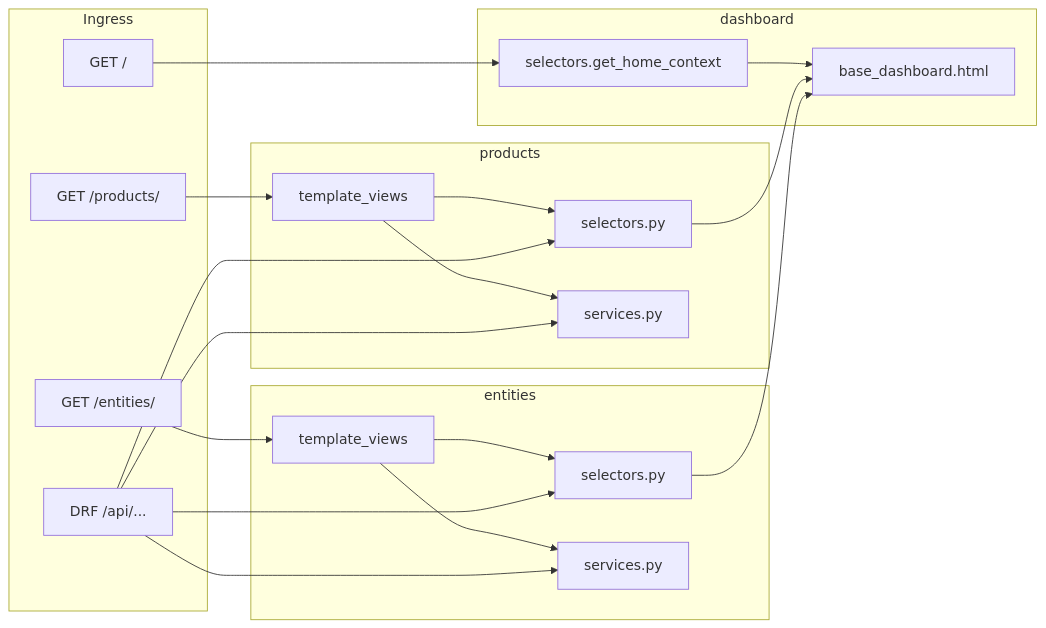
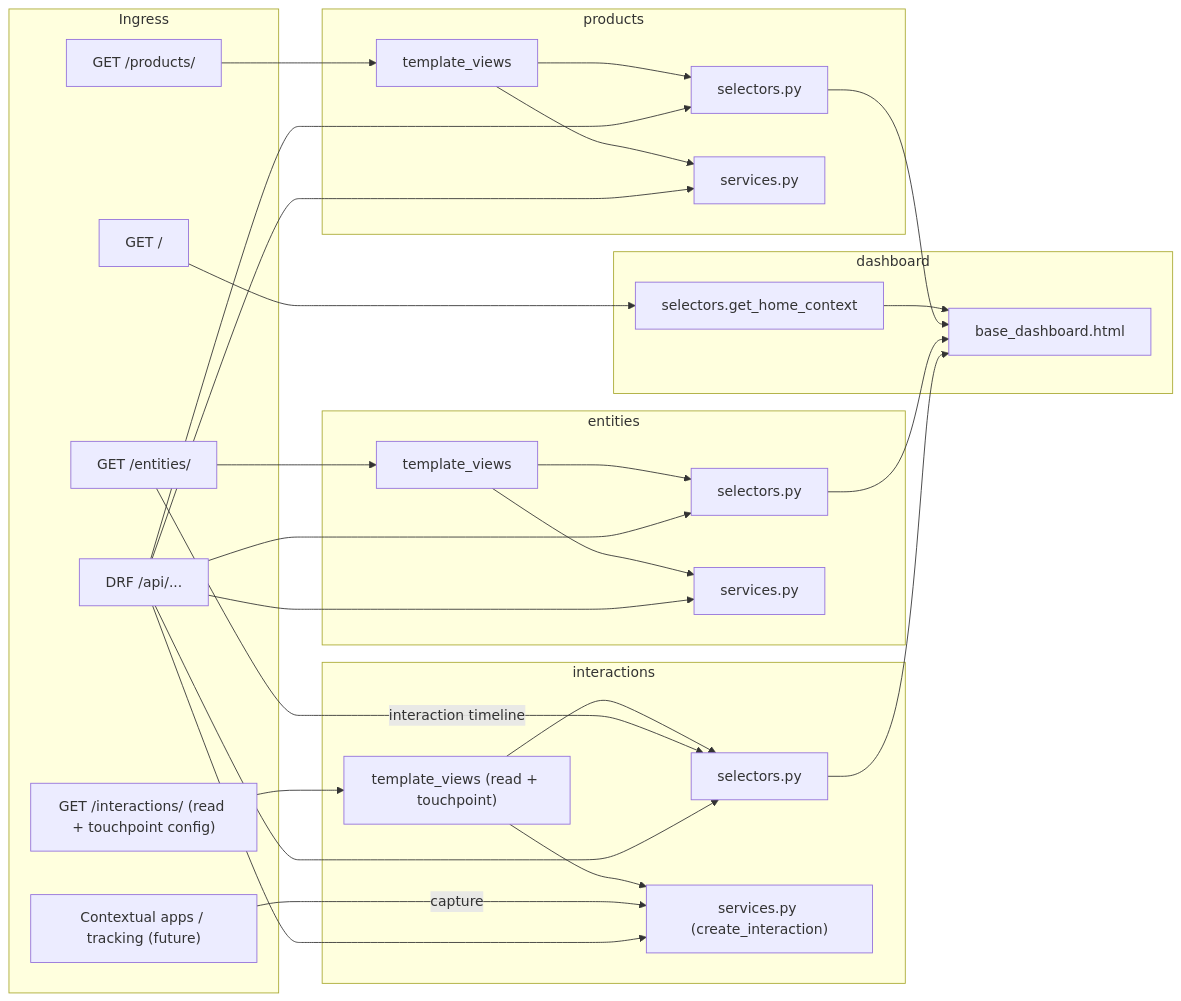
One commit to josedante/BackboneOS changed the diagram in docs/consolidation/FRONTEND_CONSOLIDATION.md. Above: the diagram before and after it, drawn with Mermaid. The commit also changed other lines of this file and 22 other files, not shown here.

````diff
--- a/docs/consolidation/FRONTEND_CONSOLIDATION.md
+++ b/docs/consolidation/FRONTEND_CONSOLIDATION.md
@@ -355,32 +456,45 @@
 ```mermaid
 flowchart LR
   subgraph ingress [Ingress]
     Home["GET /"]
     ProductsUI["GET /products/"]
     EntitiesUI["GET /entities/"]
+    InteractionsUI["GET /interactions/ (read + touchpoint config)"]
+    ContextualApps["Contextual apps / tracking (future)"]
     API["DRF /api/..."]
   end
   subgraph dashboard_app [dashboard]
     SelD["selectors.get_home_context"]
     Base["base_dashboard.html"]
   end
   subgraph products_app [products]
     TVP["template_views"]
     SelP["selectors.py"]
     SvcP["services.py"]
   end
   subgraph entities_app [entities]
     TVE["template_views"]
     SelE["selectors.py"]
     SvcE["services.py"]
   end
+  subgraph interactions_app [interactions]
+    TVI["template_views (read + touchpoint)"]
+    SelI["selectors.py"]
+    SvcI["services.py (create_interaction)"]
+  end
   Home --> SelD --> Base
   ProductsUI --> TVP --> SelP --> Base
   EntitiesUI --> TVE --> SelE --> Base
+  InteractionsUI --> TVI --> SelI --> Base
   TVP --> SvcP
   TVE --> SvcE
+  TVI --> SvcI
+  EntitiesUI -->|"interaction timeline"| SelI
+  ContextualApps -->|"capture"| SvcI
   API --> SelP
   API --> SvcP
   API --> SelE
   API --> SvcE
+  API --> SelI
+  API --> SvcI
 ```
````
